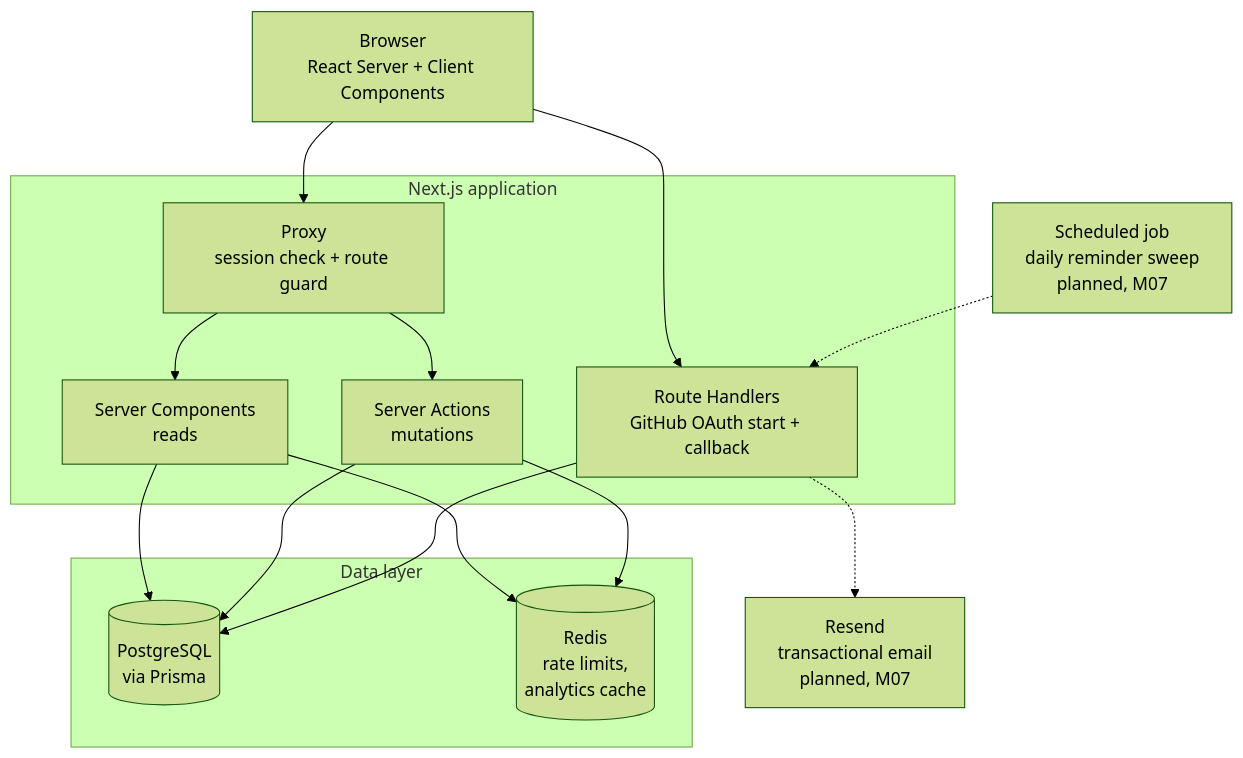
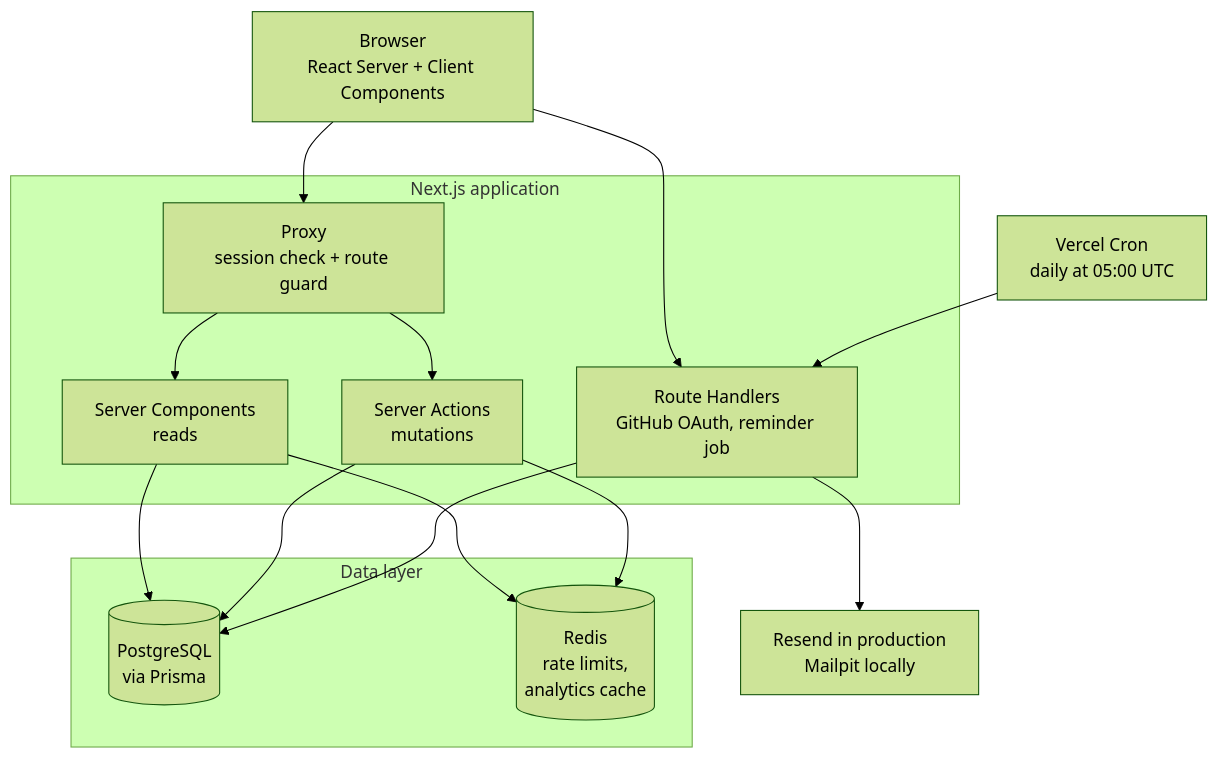
Before and after one commit to aahmoh04/job-application-tracker-AM: the first of 2 diagrams in README.md, drawn with Mermaid (forest theme). The commit also changed other lines of this file and 23 other files, not shown here.

````diff
--- a/README.md
+++ b/README.md
@@ -142,31 +142,31 @@
 ```mermaid
 flowchart TB
     Browser["Browser<br/>React Server + Client Components"]
 
     subgraph app["Next.js application"]
         PX["Proxy<br/>session check + route guard"]
         RSC["Server Components<br/>reads"]
         SA["Server Actions<br/>mutations"]
-        API["Route Handlers<br/>GitHub OAuth start + callback"]
+        API["Route Handlers<br/>GitHub OAuth, reminder job"]
     end
 
     subgraph data["Data layer"]
         PG[("PostgreSQL<br/>via Prisma")]
         RD[("Redis<br/>rate limits,<br/>analytics cache")]
     end
 
-    RES["Resend<br/>transactional email<br/>planned, M07"]
-    CRON["Scheduled job<br/>daily reminder sweep<br/>planned, M07"]
+    RES["Resend in production<br/>Mailpit locally"]
+    CRON["Vercel Cron<br/>daily at 05:00 UTC"]
 
     Browser --> PX
     PX --> RSC
     PX --> SA
     Browser --> API
     RSC --> PG
     SA --> PG
     API --> PG
     RSC --> RD
     SA --> RD
-    CRON -.-> API
-    API -.-> RES
+    CRON --> API
+    API --> RES
 ```
````
